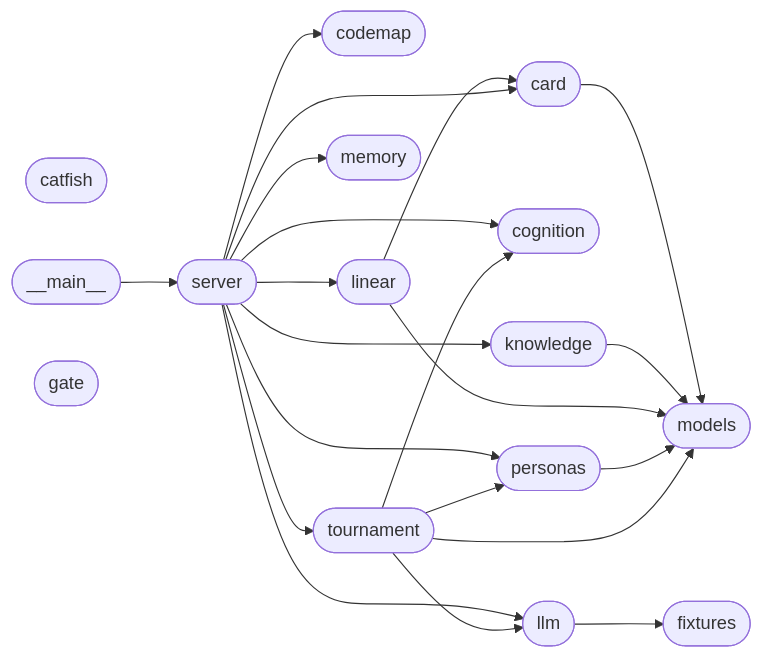
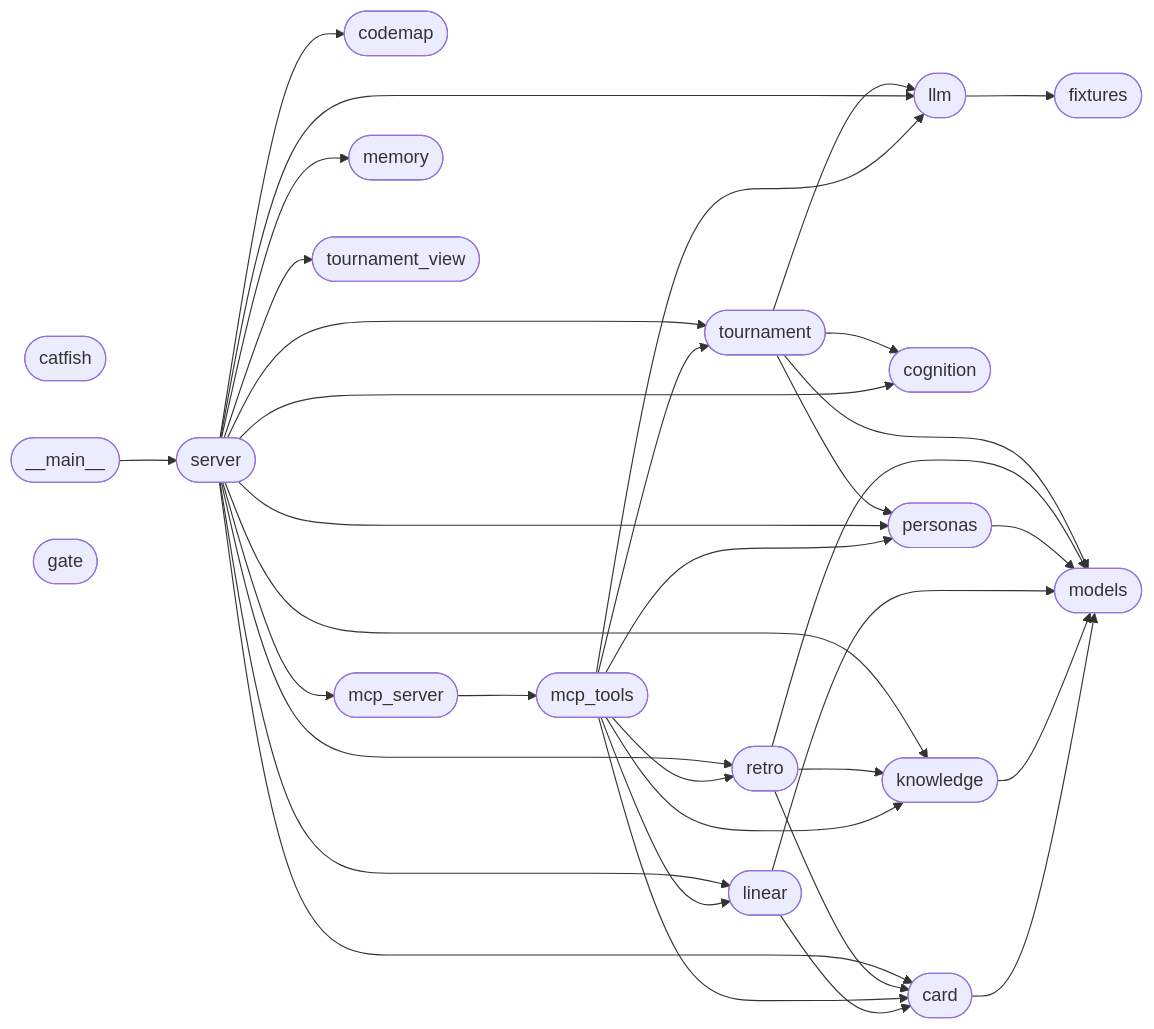
Before and after one commit to JamalMansuri/fried-catfish: the diagram in wiki/index.md, drawn with Mermaid. The commit also changed other lines of this file and 15 other files, not shown here.

````diff
--- a/wiki/index.md
+++ b/wiki/index.md
@@ -15,38 +15,56 @@
 ```mermaid
 graph LR
   catfish([catfish])
   catfish-__main__([__main__])
   catfish-card([card])
   catfish-codemap([codemap])
   catfish-cognition([cognition])
   catfish-fixtures([fixtures])
   catfish-gate([gate])
   catfish-knowledge([knowledge])
   catfish-linear([linear])
   catfish-llm([llm])
+  catfish-mcp_server([mcp_server])
+  catfish-mcp_tools([mcp_tools])
   catfish-memory([memory])
   catfish-models([models])
   catfish-personas([personas])
+  catfish-retro([retro])
   catfish-server([server])
   catfish-tournament([tournament])
+  catfish-tournament_view([tournament_view])
   catfish-__main__ --> catfish-server
   catfish-card --> catfish-models
   catfish-knowledge --> catfish-models
   catfish-linear --> catfish-card
   catfish-linear --> catfish-models
   catfish-llm --> catfish-fixtures
+  catfish-mcp_server --> catfish-mcp_tools
+  catfish-mcp_tools --> catfish-card
+  catfish-mcp_tools --> catfish-knowledge
+  catfish-mcp_tools --> catfish-linear
+  catfish-mcp_tools --> catfish-llm
+  catfish-mcp_tools --> catfish-personas
+  catfish-mcp_tools --> catfish-retro
+  catfish-mcp_tools --> catfish-tournament
   catfish-personas --> catfish-models
+  catfish-retro --> catfish-card
+  catfish-retro --> catfish-knowledge
+  catfish-retro --> catfish-models
   catfish-server --> catfish-card
   catfish-server --> catfish-codemap
   catfish-server --> catfish-cognition
   catfish-server --> catfish-knowledge
   catfish-server --> catfish-linear
   catfish-server --> catfish-llm
+  catfish-server --> catfish-mcp_server
   catfish-server --> catfish-memory
   catfish-server --> catfish-personas
+  catfish-server --> catfish-retro
   catfish-server --> catfish-tournament
+  catfish-server --> catfish-tournament_view
   catfish-tournament --> catfish-cognition
   catfish-tournament --> catfish-llm
   catfish-tournament --> catfish-models
   catfish-tournament --> catfish-personas
 ```
````
